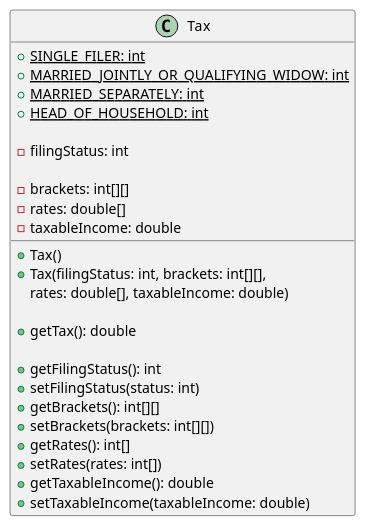
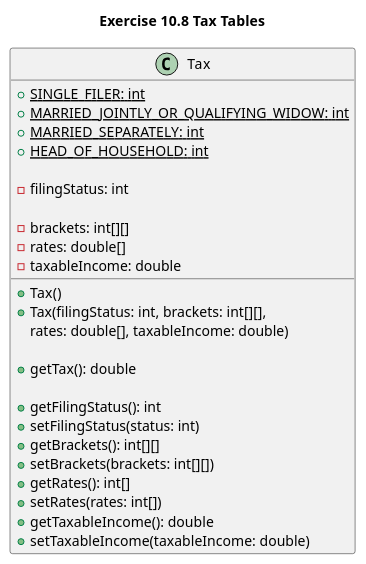
One commit to emaphis/Introduction_to_Java_Programming changed the diagram in Introduction_to_Java_Programming/src/main/java/chapter10/exercise/exercise10_08/Tax.puml. Above: the diagram before and after it, drawn with PlantUML. The commit also changed 2 other files, not shown here.

Commit message:
Refactor Exercise 6.15. Factor out calculations from case statement

```diff
--- a/Introduction_to_Java_Programming/src/main/java/chapter10/exercise/exercise10_08/Tax.puml
+++ b/Introduction_to_Java_Programming/src/main/java/chapter10/exercise/exercise10_08/Tax.puml
@@ -1,28 +1,29 @@
-@startuml
+@startuml exercise10.8
+title Exercise 10.8 Tax Tables
 class Tax {
     {static} +SINGLE_FILER: int
     {static} +MARRIED_JOINTLY_OR_QUALIFYING_WIDOW: int
     {static} +MARRIED_SEPARATELY: int
     {static} +HEAD_OF_HOUSEHOLD: int
 
     -filingStatus: int
 
     -brackets: int[][]
     -rates: double[]
     -taxableIncome: double
      +Tax()
     +Tax(filingStatus: int, brackets: int[][],
          rates: double[], taxableIncome: double)
 
     +getTax(): double
 
     +getFilingStatus(): int
     +setFilingStatus(status: int)
     +getBrackets(): int[][]
     +setBrackets(brackets: int[][])
     +getRates(): int[]
     +setRates(rates: int[])
     +getTaxableIncome(): double
     +setTaxableIncome(taxableIncome: double)
 }
 @enduml
```
